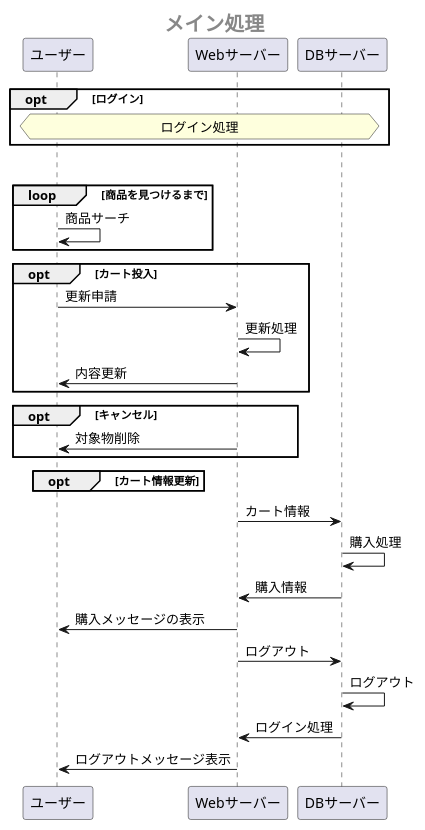
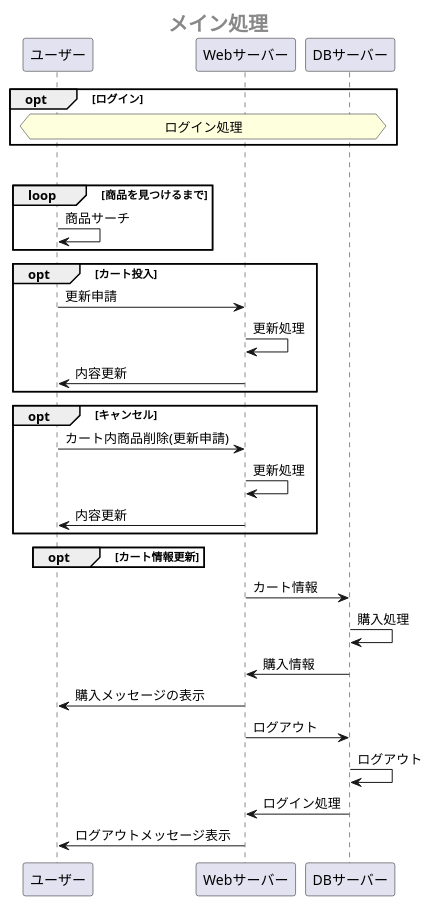
One commit to Aso2001385/2021sys-design changed the first of 2 diagrams in sample/OperationFrow.md. Above: the diagram before and after it, drawn with PlantUML.

````diff
--- a/sample/OperationFrow.md
+++ b/sample/OperationFrow.md
@@ -1,40 +1,42 @@
 ```uml 
 @startuml 
 center header <size:20><b>メイン処理</b></size>
 
 opt ログイン
  hnote across: ログイン処理
 end
 
 loop 購入するまで
  loop 商品を見つけるまで
   ユーザー -> ユーザー:商品サーチ
  end
  
  opt カート投入
   ユーザー -> Webサーバー:更新申請
   Webサーバー -> Webサーバー:更新処理
   Webサーバー ->ユーザー:内容更新
  end
  opt キャンセル
-  Webサーバー ->ユーザー:対象物削除
+  ユーザー -> Webサーバー:カート内商品削除(更新申請)
+  Webサーバー -> Webサーバー:更新処理
+  Webサーバー ->ユーザー:内容更新
  end
 
  opt カート情報更新
      
  end
   
 Webサーバー -> DBサーバー:カート情報
 DBサーバー -> DBサーバー:購入処理
 DBサーバー -> Webサーバー:購入情報
 Webサーバー ->ユーザー:購入メッセージの表示
 
  
 
 Webサーバー -> DBサーバー:ログアウト
 DBサーバー -> DBサーバー:ログアウト
 DBサーバー -> Webサーバー:ログイン処理
 Webサーバー ->ユーザー:ログアウトメッセージ表示
 
 @enduml
 ```
````
